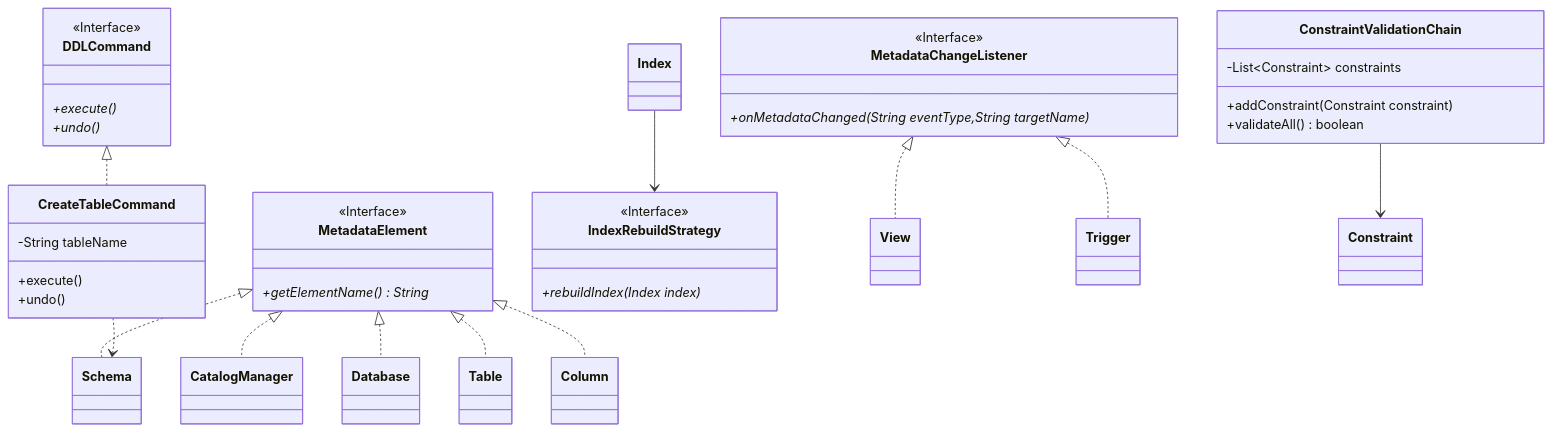
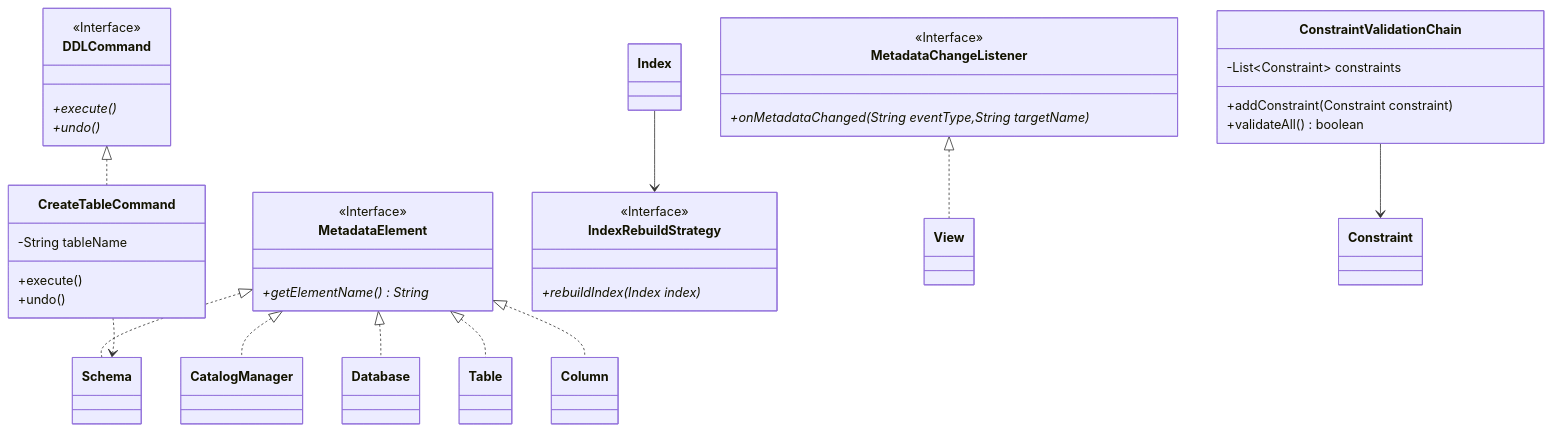
Before and after one commit to Dikhang1112/Database_Management_BBV: the diagram in docs/class_diagram/metadata/detail/Behavior.md, drawn with Mermaid. The commit also changed 40 other files, not shown here.

```diff
--- a/docs/class_diagram/metadata/detail/Behavior.md
+++ b/docs/class_diagram/metadata/detail/Behavior.md
@@ -77,8 +77,6 @@
 
 class View
 
-class Trigger
-
 class Index
 
 class Constraint
@@ -94,7 +92,6 @@
 MetadataElement <|.. Column
 
 MetadataChangeListener <|.. View
-MetadataChangeListener <|.. Trigger
 
 DDLCommand <|.. CreateTableCommand
 
```
